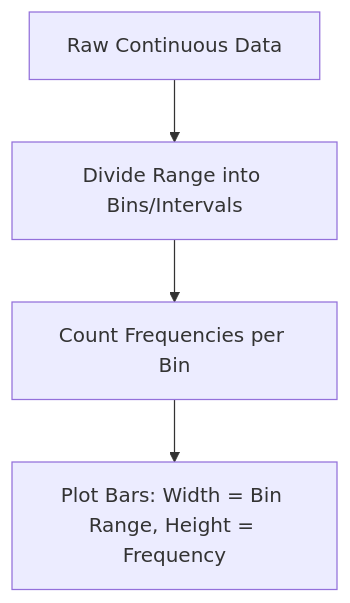
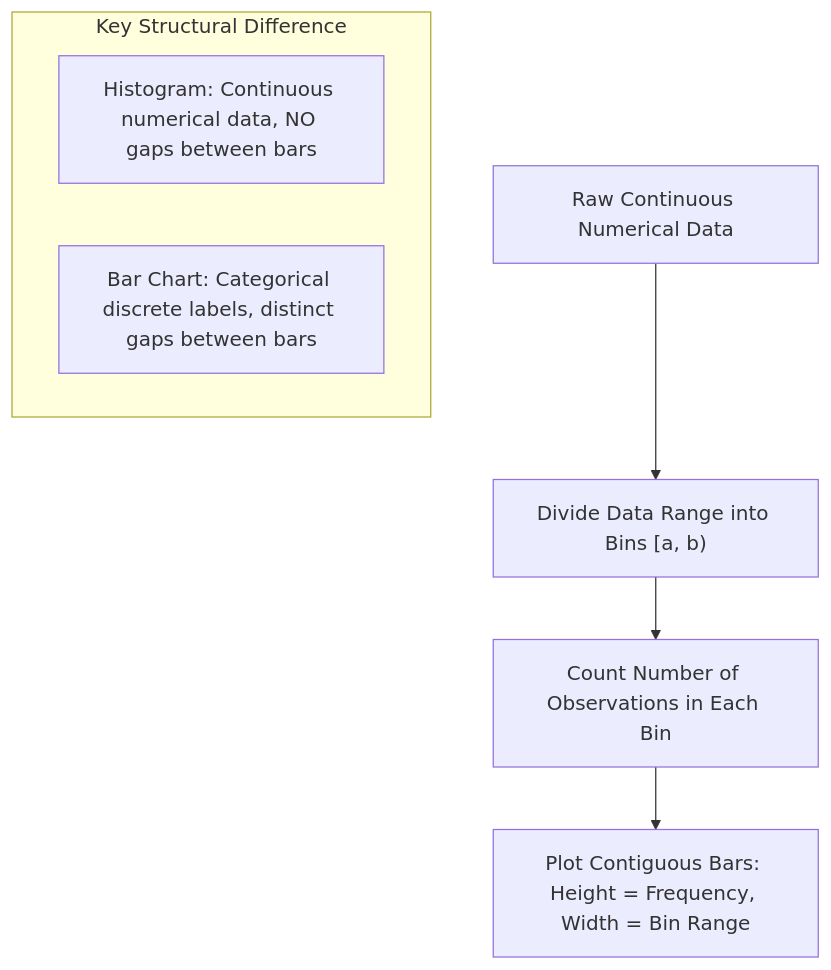
The diagram in lecture_19/Notes_19.01/README.md (S1h2i3v4a/AI_ML), drawn with Mermaid before and after one commit. The commit also changed other lines of this file and 203 other files, not shown here.

Commit message:
docs(lectures 19-21): align notes with video lectures, add blackboard diagrams, clean structured functions, and compile vector PDFs

````diff
--- a/lecture_19/Notes_19.01/README.md
+++ b/lecture_19/Notes_19.01/README.md
@@ -26,6 +10,11 @@
 ```mermaid
 flowchart TD
-    A["Raw Continuous Data"] --> B["Divide Range into Bins/Intervals"]
-    B --> C["Count Frequencies per Bin"]
-    C --> D["Plot Bars: Width = Bin Range, Height = Frequency"]
+    Data["Raw Continuous Numerical Data"] --> Group["Divide Data Range into Bins [a, b)"]
+    Group --> Count["Count Number of Observations in Each Bin"]
+    Count --> Plot["Plot Contiguous Bars: Height = Frequency, Width = Bin Range"]
+    
+    subgraph Comparison["Key Structural Difference"]
+        Hist["Histogram: Continuous numerical data, NO gaps between bars"]
+        Bar["Bar Chart: Categorical discrete labels, distinct gaps between bars"]
+    end
 ```
````
